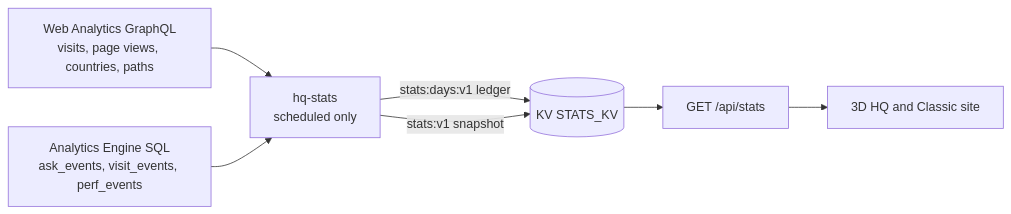
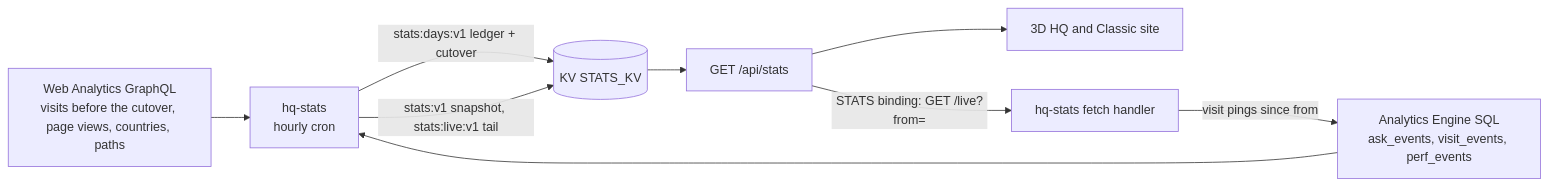
Before and after one commit to ShinyQ/ShinyQ-HQ: the diagram in workers/stats/README.md, drawn with Mermaid. The commit also changed other lines of this file and 9 other files, not shown here.

First line of the commit message:
feat(stats): first-party visits from the cutover, hourly cron and a live count handler in hq-stats

````diff
--- a/workers/stats/README.md
+++ b/workers/stats/README.md
@@ -8,8 +10,9 @@
 ```mermaid
 flowchart LR
-  WA[Web Analytics GraphQL<br/>visits, page views, countries, paths] --> W[hq-stats<br/>scheduled only]
+  WA[Web Analytics GraphQL<br/>visits before the cutover, page views, countries, paths] --> W[hq-stats<br/>hourly cron]
   AE[Analytics Engine SQL<br/>ask_events, visit_events, perf_events] --> W
-  W -->|stats:days:v1 ledger| KV[(KV STATS_KV)]
-  W -->|stats:v1 snapshot| KV
+  W -->|stats:days:v1 ledger + cutover| KV[(KV STATS_KV)]
+  W -->|stats:v1 snapshot, stats:live:v1 tail| KV
   KV --> F[GET /api/stats] --> C[3D HQ and Classic site]
+  F -->|STATS binding: GET /live?from=| L[hq-stats fetch handler] -->|visit pings since from| AE
 ```
````
